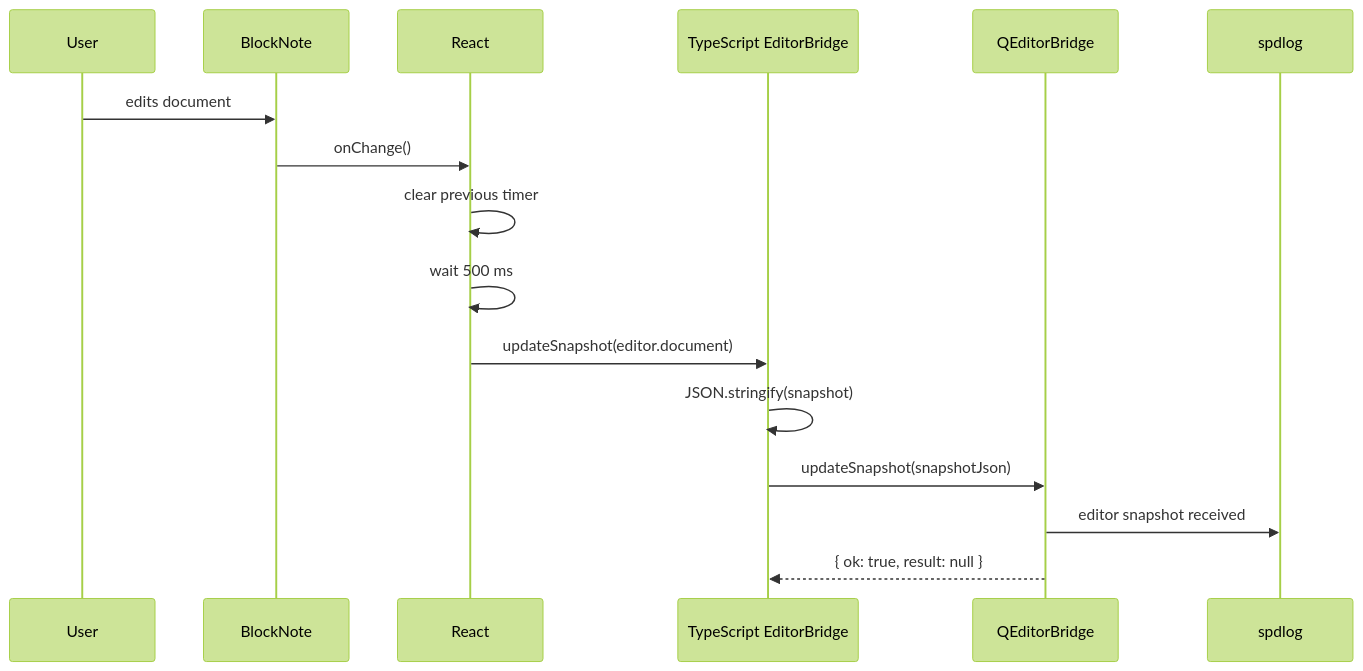
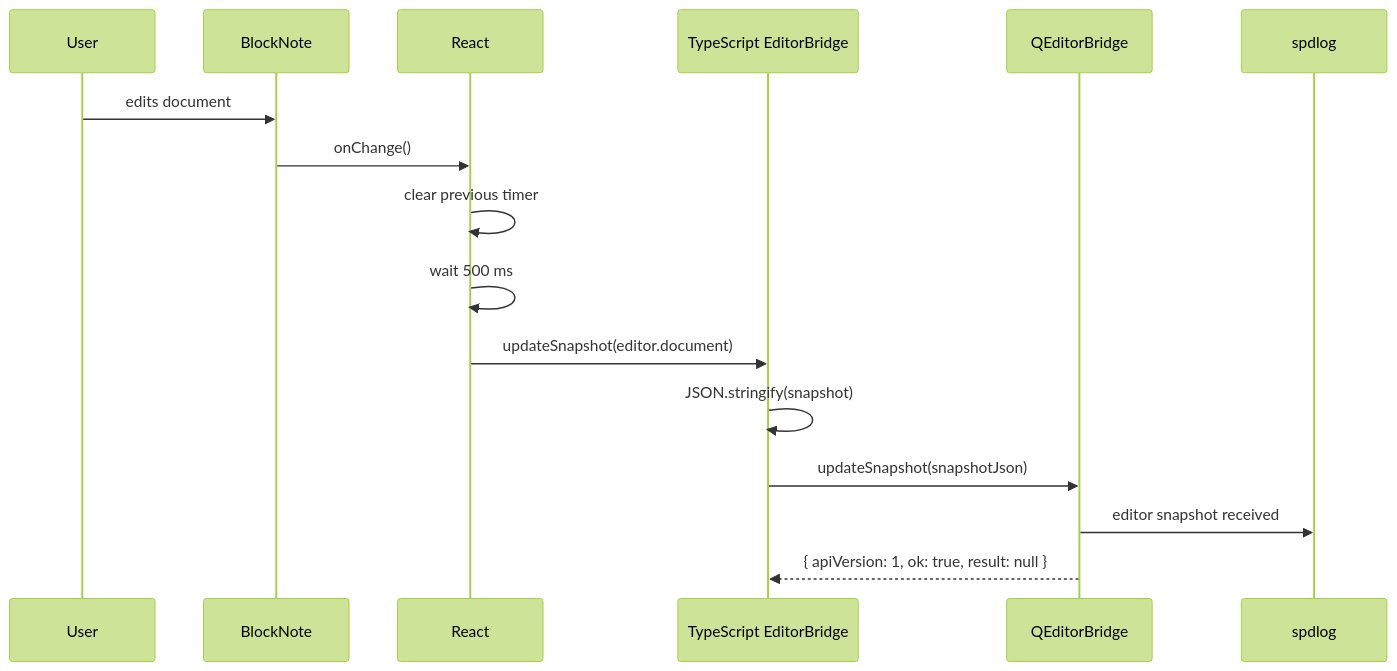
The sixth of 9 diagrams in doc/architecture/QWebChannel_Editor_Bridge_Explained.md (Artem535/CppWiki), drawn with Mermaid (forest theme) before and after one commit. The commit also changed other lines of this file and 4 other files, not shown here.

````diff
--- a/doc/architecture/QWebChannel_Editor_Bridge_Explained.md
+++ b/doc/architecture/QWebChannel_Editor_Bridge_Explained.md
@@ -258,19 +261,19 @@
 ```mermaid
 sequenceDiagram
   participant User
   participant BlockNote
   participant React
   participant TsBridge as TypeScript EditorBridge
   participant CppBridge as QEditorBridge
   participant Logs as spdlog
 
   User->>BlockNote: edits document
   BlockNote->>React: onChange()
   React->>React: clear previous timer
   React->>React: wait 500 ms
   React->>TsBridge: updateSnapshot(editor.document)
   TsBridge->>TsBridge: JSON.stringify(snapshot)
   TsBridge->>CppBridge: updateSnapshot(snapshotJson)
   CppBridge->>Logs: editor snapshot received
-  CppBridge-->>TsBridge: { ok: true, result: null }
+  CppBridge-->>TsBridge: { apiVersion: 1, ok: true, result: null }
 ```
````
